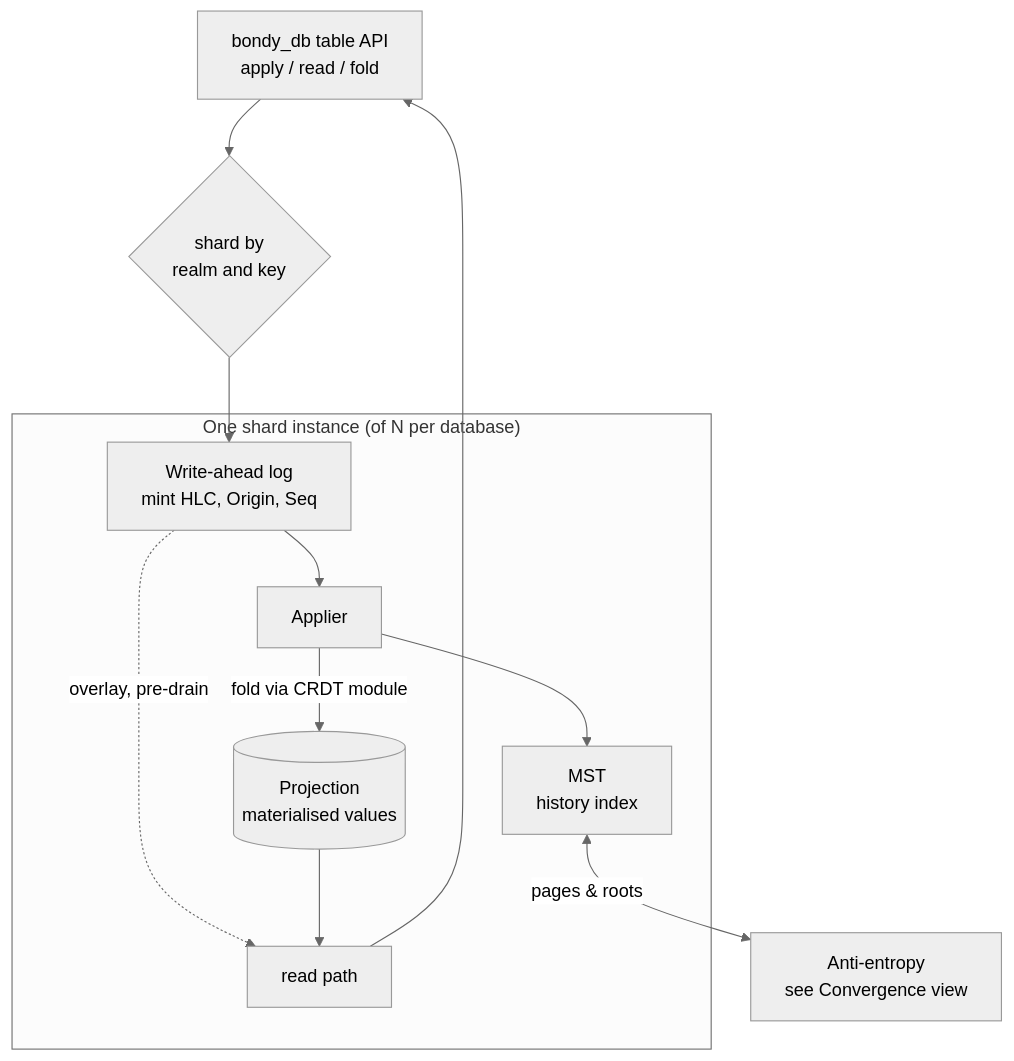
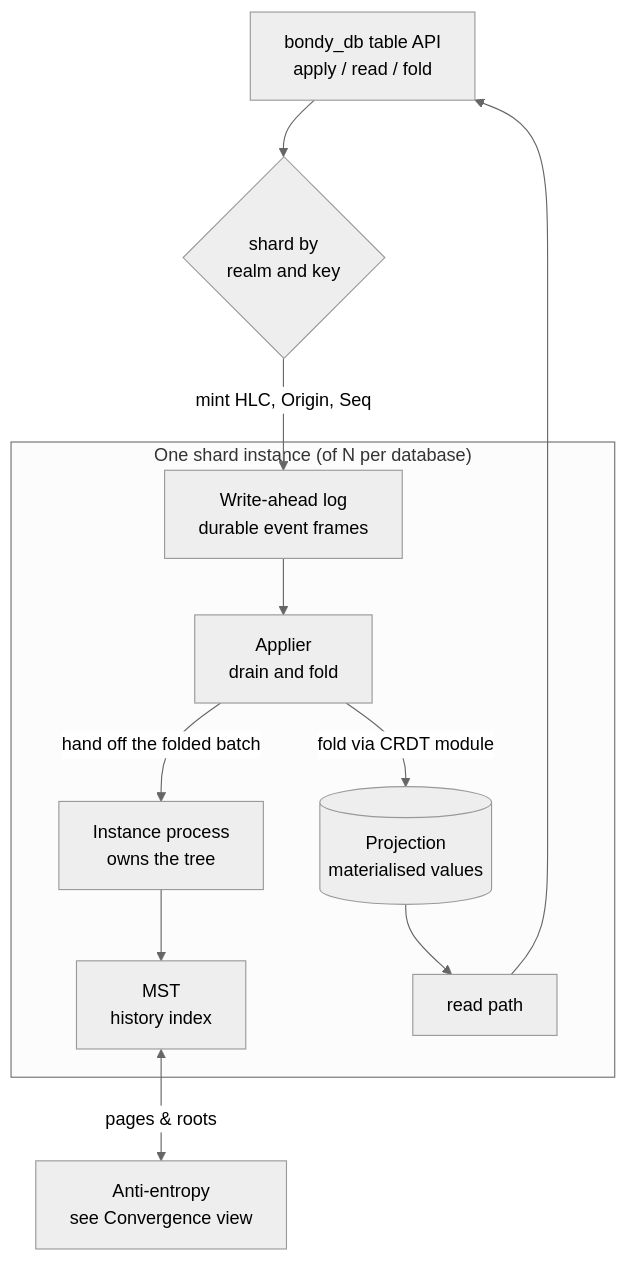
Before and after one commit to bondy-io/bondy: the diagram in doc/guides/architecture/view_state_plane.md, drawn with Mermaid (neutral theme). The commit also changed other lines of this file and 16 other files, not shown here.

````diff
--- a/doc/guides/architecture/view_state_plane.md
+++ b/doc/guides/architecture/view_state_plane.md
@@ -11,14 +11,14 @@
 ```mermaid
 flowchart TD
     API["bondy_db table API<br/>apply / read / fold"] --> SH{"shard by<br/>realm and key"}
     subgraph Shard["One shard instance (of N per database)"]
-        WAL[Write-ahead log<br/>mint HLC, Origin, Seq] --> AP[Applier]
+        WAL[Write-ahead log<br/>durable event frames] --> AP[Applier<br/>drain and fold]
         AP -->|fold via CRDT module| PROJ[(Projection<br/>materialised values)]
-        AP --> MST[MST<br/>history index]
-        WAL -.->|overlay, pre-drain| READ
+        AP -->|hand off the folded batch| INST[Instance process<br/>owns the tree]
+        INST --> MST[MST<br/>history index]
         PROJ --> READ["read path"]
     end
-    SH --> WAL
+    SH -->|mint HLC, Origin, Seq| WAL
     READ --> API
     MST <-->|pages & roots| AE[Anti-entropy<br/>see Convergence view]
 ```
````
